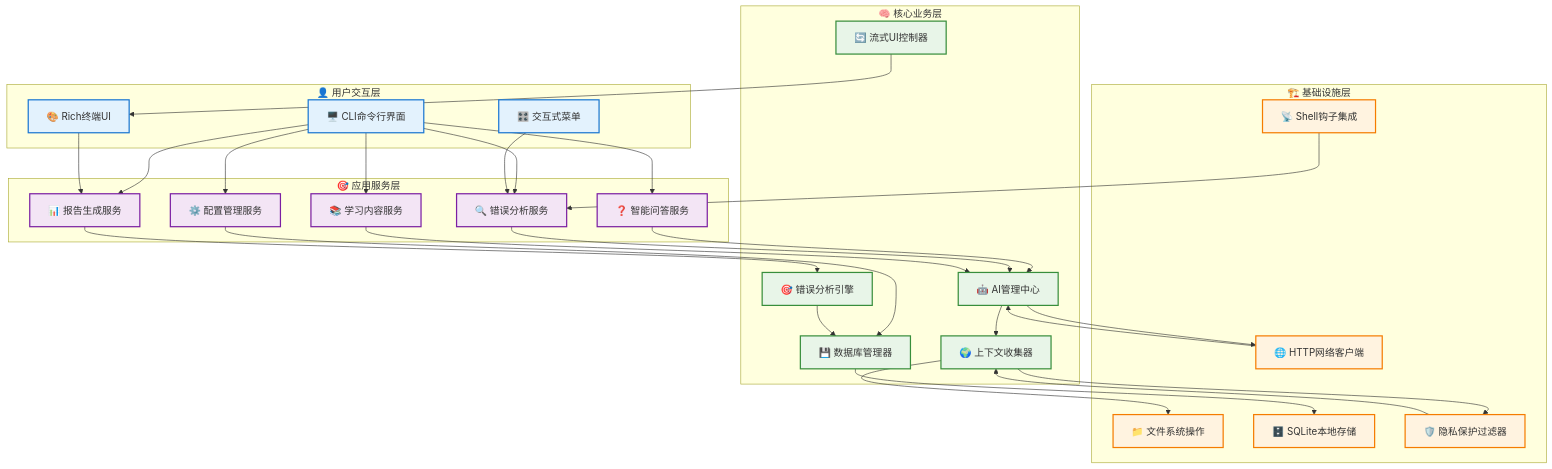
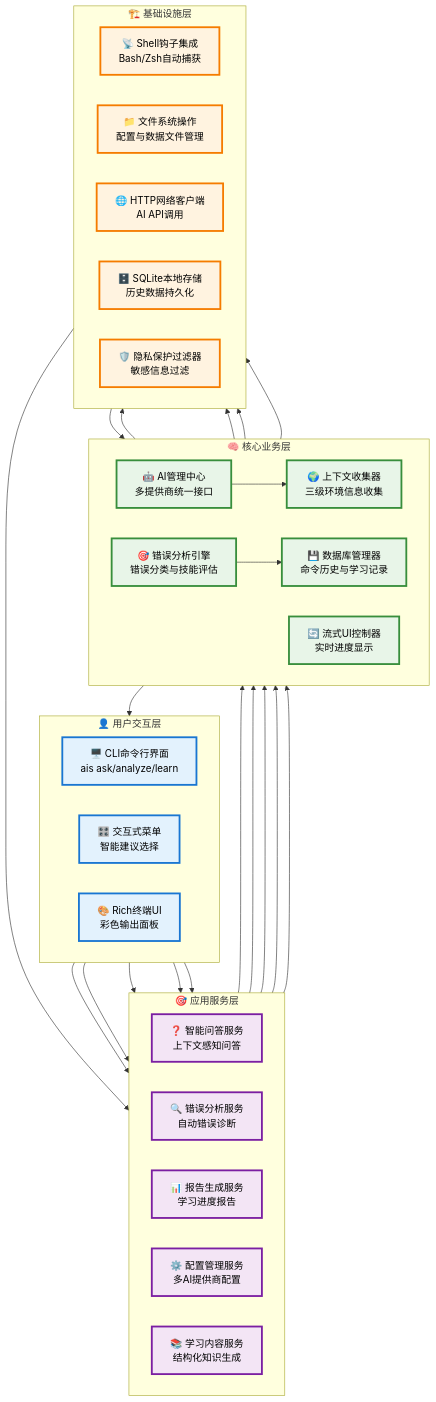
One commit to kangvcar/ais changed the first of 4 diagrams in docs/development/architecture.md. Above: the diagram before and after it, drawn with Mermaid.

Commit message:
feat: 优化系统架构图布局，采用上下垂直布局提升可读性
### 布局优化
- 📏 **垂直布局设计**: 采用TB(Top-Bottom)布局替代左右布局
  * 解决图表在文档中显示过小的问题
  * 提供更好的阅读体验，无需缩放即可清晰查看

- 📝 **详细功能描述**: 每个组件添加具体功能说明
  * CLI命令行界面: ais ask/analyze/learn
  * 智能问答服务: 上下文感知问答
  * AI管理中心: 多提供商统一接口
  * Shell钩子集成: Bash/Zsh自动捕获

- 🎨 **层内水平排列**: 使用direction LR让每层内部组件水平排列
  * 保持分层清晰的同时，充分利用水平空间
  * 四个层次从上到下清晰展示系统分层架构

- 🔗 **简化连接线**: 保留核心数据流连接，减少视觉复杂度
  * 突出主要的组件交互关系
  * 便于理解系统的数据流向

### 用户体验提升
- 文档中的架构图现在具有合适的尺寸和清晰度
- 开发者可以直接阅读，无需额外缩放操作
- 技术架构层次和组件职责一目了然

````diff
--- a/docs/development/architecture.md
+++ b/docs/development/architecture.md
@@ -11,73 +11,75 @@
 ```mermaid
-flowchart TD
+flowchart TB
+    %% 用户交互层
     subgraph "👤 用户交互层"
-        A[🖥️ CLI命令行界面]
-        B[🎛️ 交互式菜单]
-        C[🎨 Rich终端UI]
+        direction LR
+        A[🖥️ CLI命令行界面<br/>ais ask/analyze/learn]
+        B[🎛️ 交互式菜单<br/>智能建议选择]
+        C[🎨 Rich终端UI<br/>彩色输出面板]
     end
     
+    %% 应用服务层
     subgraph "🎯 应用服务层"
-        D[❓ 智能问答服务]
-        E[🔍 错误分析服务]
-        F[📊 报告生成服务]
-        G[⚙️ 配置管理服务]
-        H[📚 学习内容服务]
+        direction LR
+        D[❓ 智能问答服务<br/>上下文感知问答]
+        E[🔍 错误分析服务<br/>自动错误诊断]
+        F[📊 报告生成服务<br/>学习进度报告]
+        G[⚙️ 配置管理服务<br/>多AI提供商配置]
+        H[📚 学习内容服务<br/>结构化知识生成]
     end
     
+    %% 核心业务层
     subgraph "🧠 核心业务层"
-        I[🤖 AI管理中心]
-        J[🌍 上下文收集器]
-        K[🎯 错误分析引擎]
-        L[💾 数据库管理器]
-        M[🔄 流式UI控制器]
+        direction LR
+        I[🤖 AI管理中心<br/>多提供商统一接口]
+        J[🌍 上下文收集器<br/>三级环境信息收集]
+        K[🎯 错误分析引擎<br/>错误分类与技能评估]
+        L[💾 数据库管理器<br/>命令历史与学习记录]
+        M[🔄 流式UI控制器<br/>实时进度显示]
     end
     
+    %% 基础设施层
     subgraph "🏗️ 基础设施层"
-        N[📡 Shell钩子集成]
-        O[📁 文件系统操作]
-        P[🌐 HTTP网络客户端]
-        Q[🗄️ SQLite本地存储]
-        R[🛡️ 隐私保护过滤器]
+        direction LR
+        N[📡 Shell钩子集成<br/>Bash/Zsh自动捕获]
+        O[📁 文件系统操作<br/>配置与数据文件管理]
+        P[🌐 HTTP网络客户端<br/>AI API调用]
+        Q[🗄️ SQLite本地存储<br/>历史数据持久化]
+        R[🛡️ 隐私保护过滤器<br/>敏感信息过滤]
     end
     
-    %% 用户交互层连接
+    %% 主要数据流连接
     A --> D
     A --> E
     A --> F
     A --> G
     A --> H
-    B --> E
-    C --> F
     
-    %% 应用服务层连接
     D --> I
     E --> I
     F --> K
     G --> L
     H --> I
     
-    %% 核心业务层连接
     I --> J
     I --> P
     J --> R
     K --> L
     M --> C
     
-    %% 基础设施层连接
     N --> E
     J --> O
-    P --> I
     L --> Q
     R --> J
     
     %% 样式定义
-    classDef userLayer fill:#e3f2fd,stroke:#1976d2,stroke-width:2px
-    classDef serviceLayer fill:#f3e5f5,stroke:#7b1fa2,stroke-width:2px
-    classDef coreLayer fill:#e8f5e8,stroke:#388e3c,stroke-width:2px
-    classDef infraLayer fill:#fff3e0,stroke:#f57c00,stroke-width:2px
+    classDef userLayer fill:#e3f2fd,stroke:#1976d2,stroke-width:3px,color:#000
+    classDef serviceLayer fill:#f3e5f5,stroke:#7b1fa2,stroke-width:3px,color:#000
+    classDef coreLayer fill:#e8f5e8,stroke:#388e3c,stroke-width:3px,color:#000
+    classDef infraLayer fill:#fff3e0,stroke:#f57c00,stroke-width:3px,color:#000
     
     class A,B,C userLayer
     class D,E,F,G,H serviceLayer
     class I,J,K,L,M coreLayer
     class N,O,P,Q,R infraLayer
 ```
````
